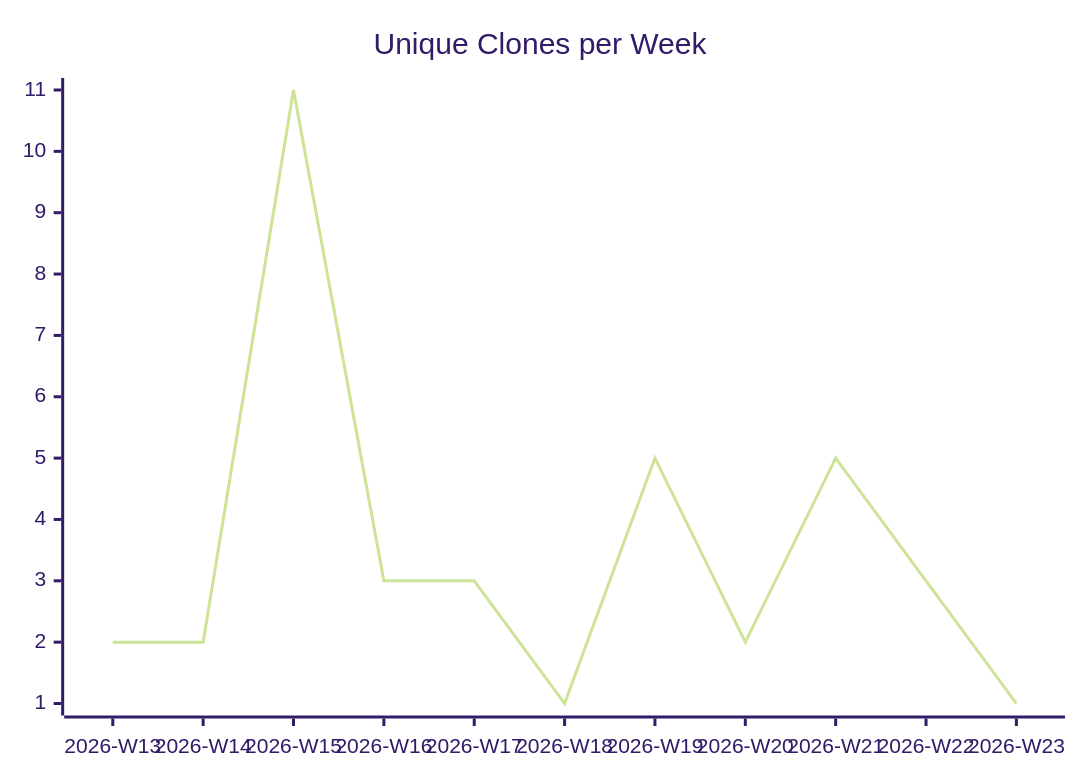
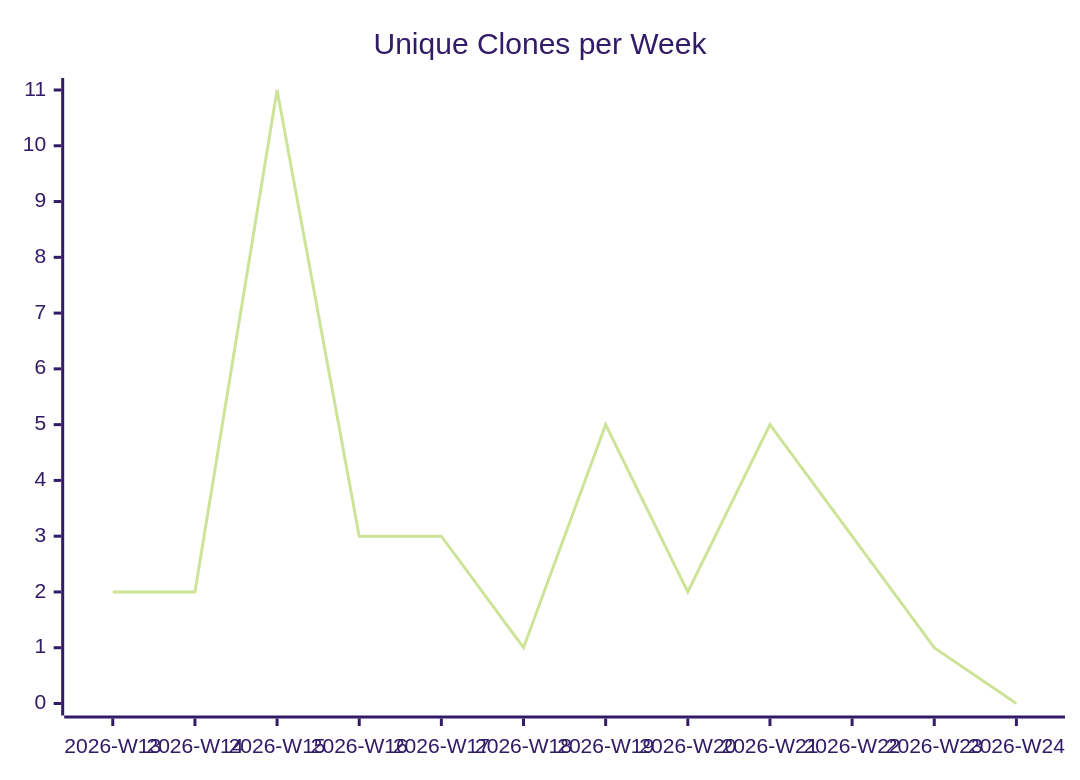
The third of 3 diagrams in karlmdavis/jessentials/README.md (justdavis-family/github-analytics-data), drawn with Mermaid (forest theme) before and after one commit. The commit also changed other lines of this file and 189 other files, not shown here.

````diff
--- a/karlmdavis/jessentials/README.md
+++ b/karlmdavis/jessentials/README.md
@@ -19,6 +19,6 @@
 ```mermaid
 xychart-beta
   title "Unique Clones per Week"
-  x-axis ["2026-W13", "2026-W14", "2026-W15", "2026-W16", "2026-W17", "2026-W18", "2026-W19", "2026-W20", "2026-W21", "2026-W22", "2026-W23"]
-  line [2, 2, 11, 3, 3, 1, 5, 2, 5, 3, 1]
+  x-axis ["2026-W13", "2026-W14", "2026-W15", "2026-W16", "2026-W17", "2026-W18", "2026-W19", "2026-W20", "2026-W21", "2026-W22", "2026-W23", "2026-W24"]
+  line [2, 2, 11, 3, 3, 1, 5, 2, 5, 3, 1, 0]
 ```
````
